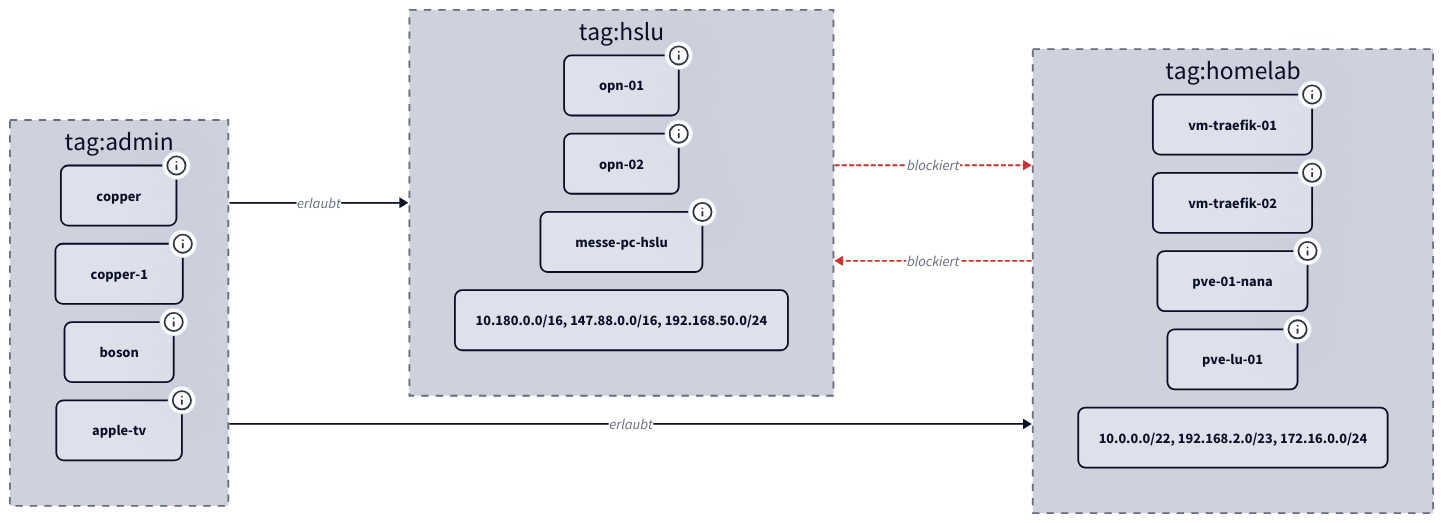
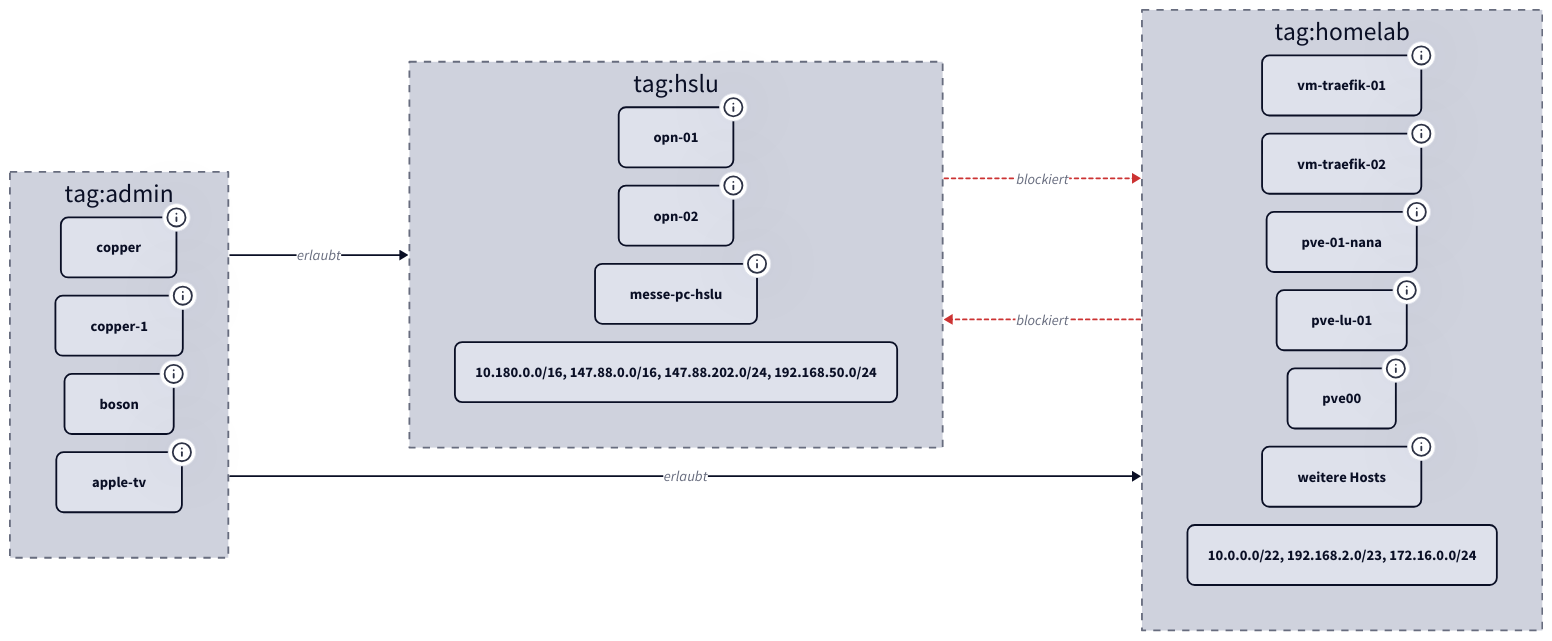
One commit to derever-labs/homelab-wiki changed the diagram in docs/netzwerk/tailscale.md. Above: the diagram before and after it, drawn with D2. The commit also changed other lines of this file and 3 other files, not shown here.

````diff
--- a/docs/netzwerk/tailscale.md
+++ b/docs/netzwerk/tailscale.md
@@ -23,56 +23,58 @@
 ```d2
 vars: {
   d2-config: {
     theme-id: 1
     layout-engine: elk
   }
 }
 direction: right
 
 classes: {
   cluster: {
     style.stroke-dash: 4
   }
   host: {
     style.border-radius: 8
   }
   blocked: {
     style.stroke: "#cc3333"
     style.stroke-dash: 2
   }
 }
 
 ADMIN: "tag:admin" {
   class: cluster
   COPPER: copper { class: host; tooltip: "macOS, 100.92.200.106" }
   COPPER1: copper-1 { class: host; tooltip: "macOS, 100.77.173.91" }
   BOSON: boson { class: host; tooltip: "iOS, 100.103.149.48" }
   ATV: apple-tv { class: host; tooltip: "tvOS, 100.106.104.34" }
 }
 
 HSLU: "tag:hslu" {
   class: cluster
   OPN1: opn-01 { class: host; tooltip: "FreeBSD, 100.113.244.85, Subnet-Router" }
   OPN2: opn-02 { class: host; tooltip: "FreeBSD, 100.110.151.3, Subnet-Router" }
   MESSE: messe-pc-hslu { class: host; tooltip: "Windows, 100.116.116.63" }
-  HSLUNETS: "10.180.0.0/16, 147.88.0.0/16, 192.168.50.0/24" {
+  HSLUNETS: "10.180.0.0/16, 147.88.0.0/16, 147.88.202.0/24, 192.168.50.0/24" {
     class: host
   }
 }
 
 HOMELAB: "tag:homelab" {
   class: cluster
   TRF1: vm-traefik-01 { class: host; tooltip: "Linux, 100.101.37.122, Subnet-Router + Exit-Node" }
   TRF2: vm-traefik-02 { class: host; tooltip: "Linux, 100.91.238.106, Subnet-Router + Exit-Node" }
   PVE: pve-01-nana { class: host; tooltip: "Linux, 100.81.116.122, Subnet-Router 192.168.2.0/23" }
   PVELU: pve-lu-01 { class: host; tooltip: "Linux, 100.112.213.18, Subnet-Router 172.16.0.0/24" }
+  PVE00: pve00 { class: host; tooltip: "Linux, 100.89.174.31, Subnet-Router Lenzburg-VLANs" }
+  MORE: "weitere Hosts" { class: host; tooltip: "pdm, checkmk-homelab, pve01, pve02 -- Tailnet-Mitglieder ohne Subnet-Routes" }
   HOMELABNETS: "10.0.0.0/22, 192.168.2.0/23, 172.16.0.0/24" {
     class: host
   }
 }
 
 ADMIN -> HSLU: erlaubt
 ADMIN -> HOMELAB: erlaubt
 HSLU -> HOMELAB: blockiert { class: blocked }
 HOMELAB -> HSLU: blockiert { class: blocked }
 ```
````
